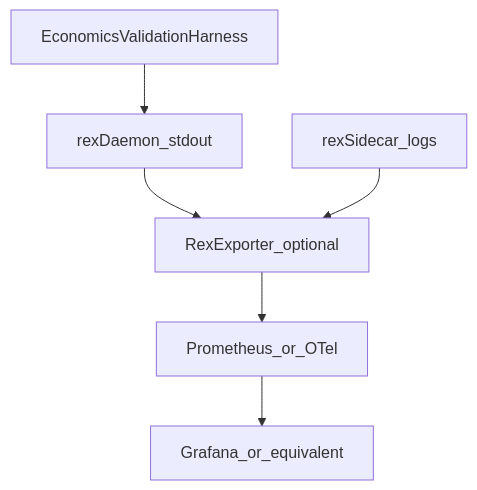
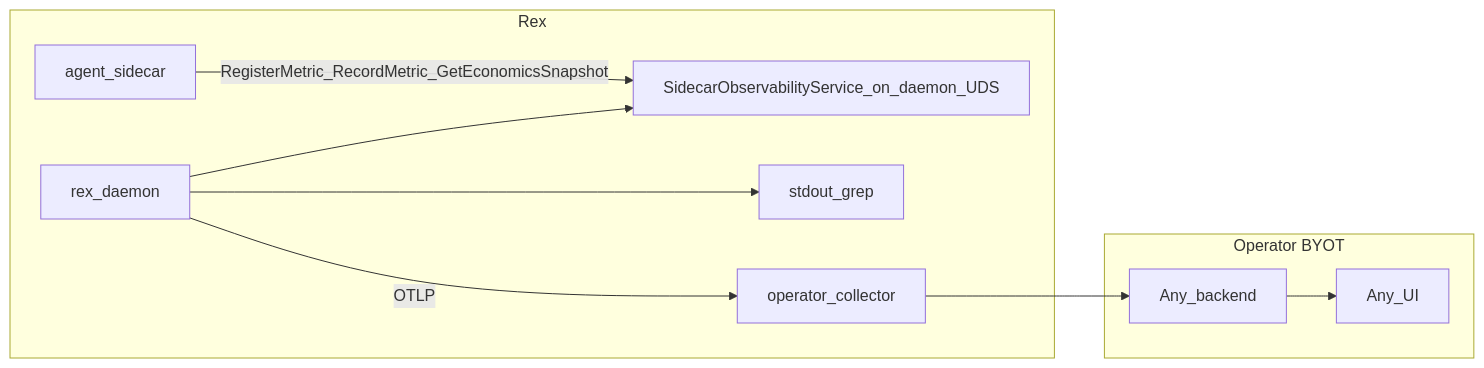
Before and after one commit to thsfranca/rex: the diagram in docs/OBSERVABILITY_AND_ECONOMICS.md, drawn with Mermaid. The commit also changed other lines of this file and 8 other files, not shown here.

First line of the commit message:
Document observability suite design (OTLP + sidecar API + BYOT).

````diff
--- a/docs/OBSERVABILITY_AND_ECONOMICS.md
+++ b/docs/OBSERVABILITY_AND_ECONOMICS.md
@@ -43,14 +49,17 @@
 ```mermaid
-flowchart TB
-  daemon[rexDaemon_stdout]
-  sidecar[rexSidecar_logs]
-  exporter[RexExporter_optional]
-  prom[Prometheus_or_OTel]
-  ui[Grafana_or_equivalent]
-  validate[EconomicsValidationHarness]
-  daemon --> exporter
-  sidecar --> exporter
-  exporter --> prom
-  prom --> ui
-  validate --> daemon
+flowchart LR
+  subgraph rex [Rex]
+    daemon[rex_daemon]
+    sidecar[agent_sidecar]
+    api[SidecarObservabilityService_on_daemon_UDS]
+    stdout[stdout_grep]
+    sidecar -->|RegisterMetric_RecordMetric_GetEconomicsSnapshot| api
+    daemon --> api
+    daemon -->|OTLP| otlpOut[operator_collector]
+    daemon --> stdout
+  end
+  subgraph byot [Operator BYOT]
+    otlpOut --> backend[Any_backend]
+    backend --> ui[Any_UI]
+  end
 ```
````
